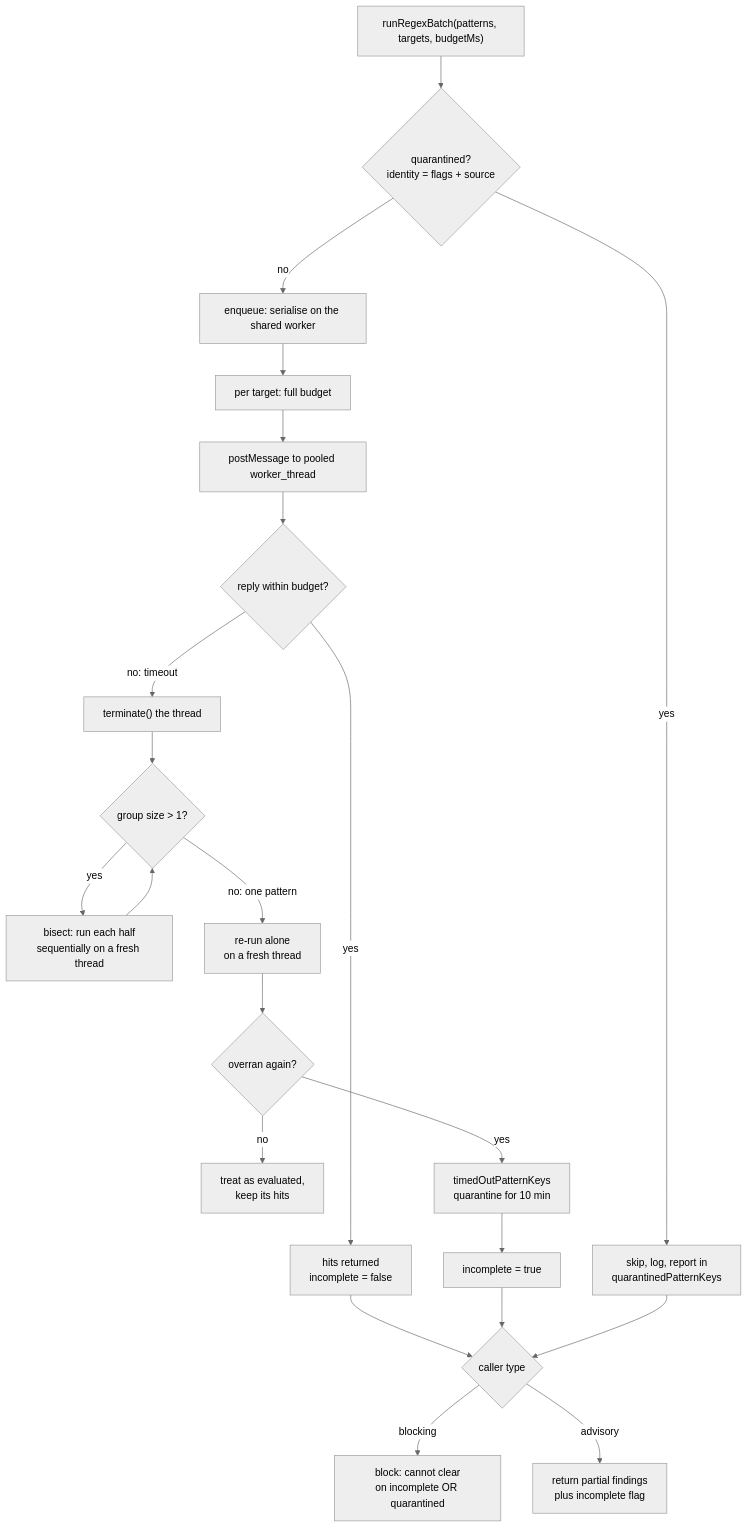
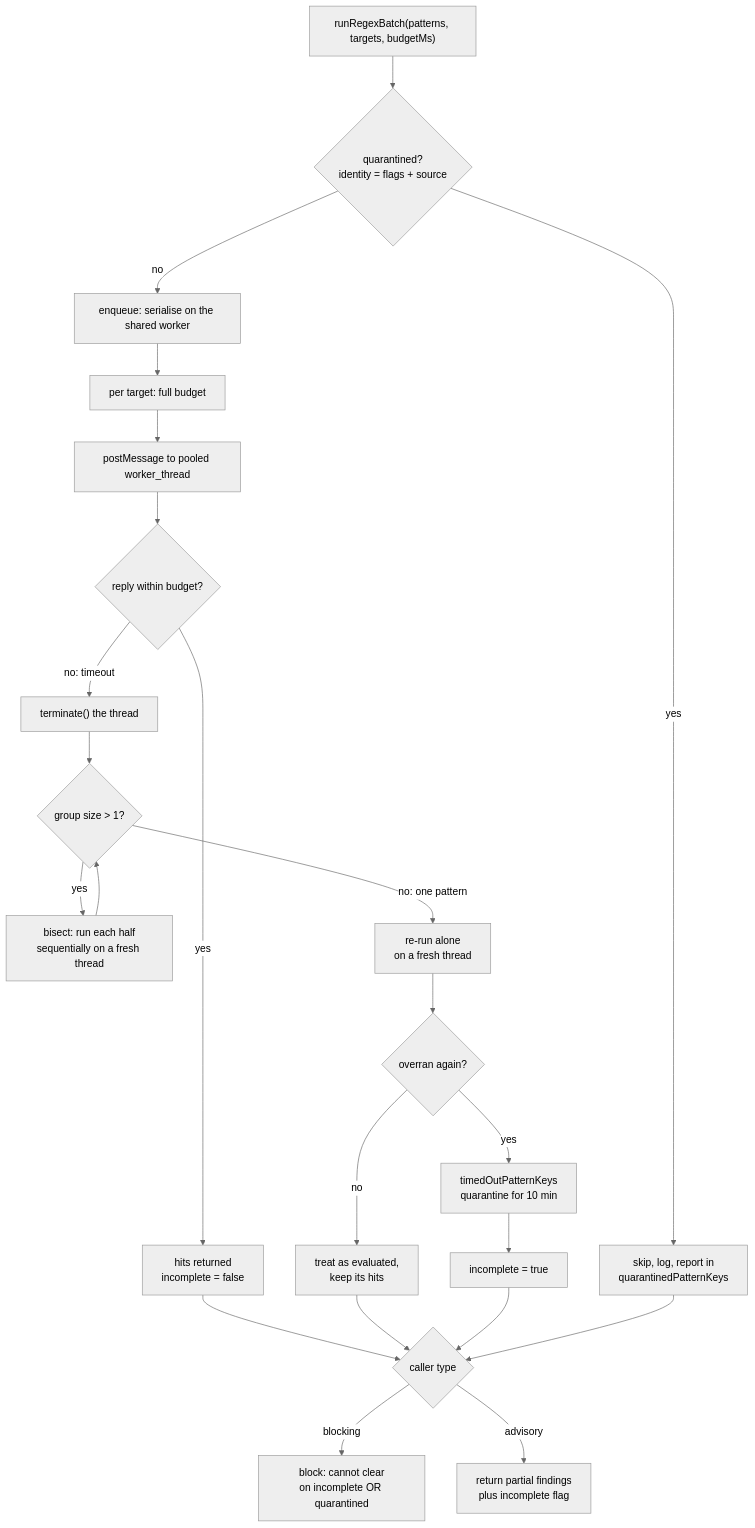
The diagram in wiki/2.4-skills-and-security-scanners.md (yorch/auto-swe), drawn with Mermaid (neutral theme) before and after one commit. The commit also changed other lines of this file and 28 other files, not shown here.

````diff
--- a/wiki/2.4-skills-and-security-scanners.md
+++ b/wiki/2.4-skills-and-security-scanners.md
@@ -114,24 +149,25 @@
 ```mermaid
 flowchart TD
     A["runRegexBatch(patterns, targets, budgetMs)"] --> B{"quarantined?<br/>identity = flags + source"}
     B -- yes --> C["skip, log, report in<br/>quarantinedPatternKeys"]
     B -- no --> D["enqueue: serialise on the shared worker"]
     D --> E["per target: full budget"]
     E --> F["postMessage to pooled worker_thread"]
     F --> G{"reply within budget?"}
     G -- yes --> H["hits returned<br/>incomplete = false"]
     G -- "no: timeout" --> I["terminate() the thread"]
     I --> J{"group size > 1?"}
     J -- yes --> K["bisect: run each half<br/>sequentially on a fresh thread"]
     K --> J
     J -- "no: one pattern" --> L["re-run alone<br/>on a fresh thread"]
     L --> M{"overran again?"}
     M -- no --> N["treat as evaluated,<br/>keep its hits"]
     M -- yes --> O["timedOutPatternKeys<br/>quarantine for 10 min"]
     O --> P["incomplete = true"]
     H --> Q{"caller type"}
+    N --> Q
     P --> Q
     C --> Q
     Q -- blocking --> R["block: cannot clear<br/>on incomplete OR quarantined"]
     Q -- advisory --> S["return partial findings<br/>plus incomplete flag"]
 ```
````
